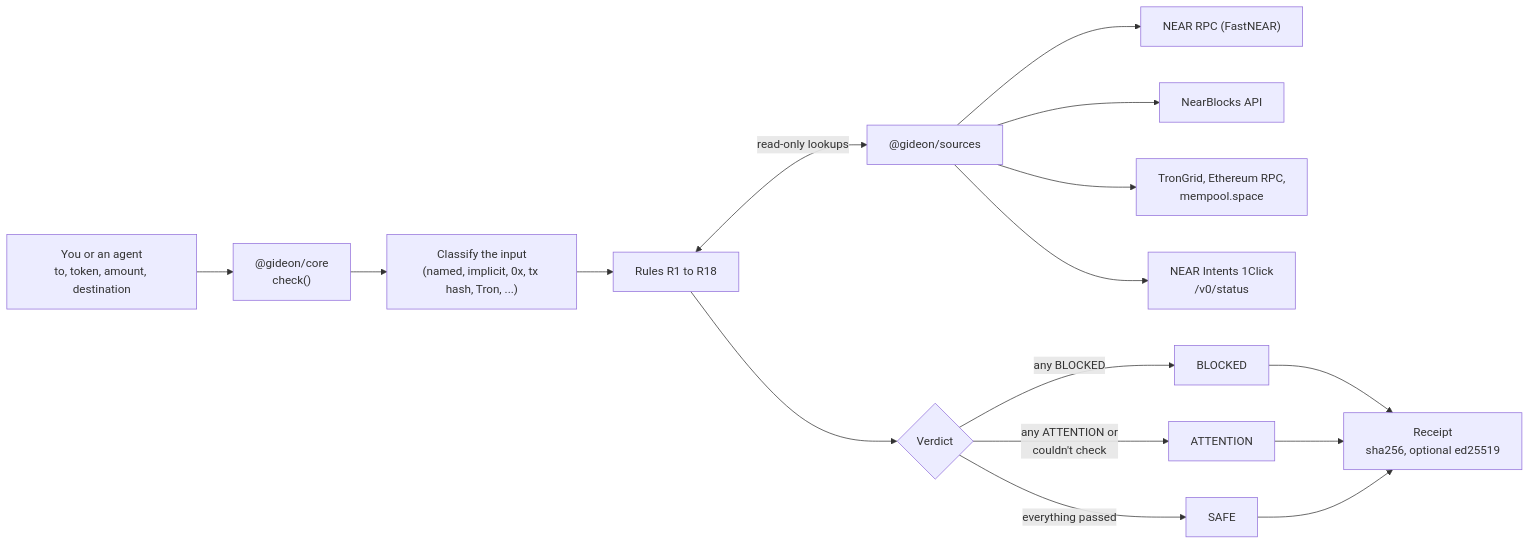
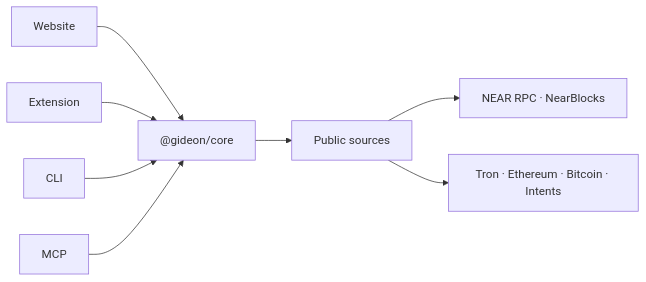
One commit to Adelekejr/Gideon-near changed the diagram in README.md. Above: the diagram before and after it, drawn with Mermaid. The commit also changed other lines of this file and 47 other files, not shown here.

````diff
--- a/README.md
+++ b/README.md
@@ -135,16 +53,10 @@
 ```mermaid
 flowchart LR
-  U["You or an agent<br/>to, token, amount, destination"] --> E["@gideon/core<br/>check()"]
-  E --> C["Classify the input<br/>(named, implicit, 0x, tx hash, Tron, ...)"]
-  C --> R["Rules R1 to R18"]
-  R <-->|"read-only lookups"| S["@gideon/sources"]
-  S --> RPC["NEAR RPC (FastNEAR)"]
-  S --> NB["NearBlocks API"]
-  S --> FC["TronGrid, Ethereum RPC,<br/>mempool.space"]
-  S --> OC["NEAR Intents 1Click<br/>/v0/status"]
-  R --> V{"Verdict"}
-  V -->|"any BLOCKED"| B["BLOCKED"]
-  V -->|"any ATTENTION or<br/>couldn't check"| A["ATTENTION"]
-  V -->|"everything passed"| OK["SAFE"]
-  B & A & OK --> RC["Receipt<br/>sha256, optional ed25519"]
+  W["Website"] --> C["@gideon/core"]
+  X["Extension"] --> C
+  L["CLI"] --> C
+  M["MCP"] --> C
+  C --> S["Public sources"]
+  S --> N["NEAR RPC · NearBlocks"]
+  S --> O["Tron · Ethereum · Bitcoin · Intents"]
 ```
````
